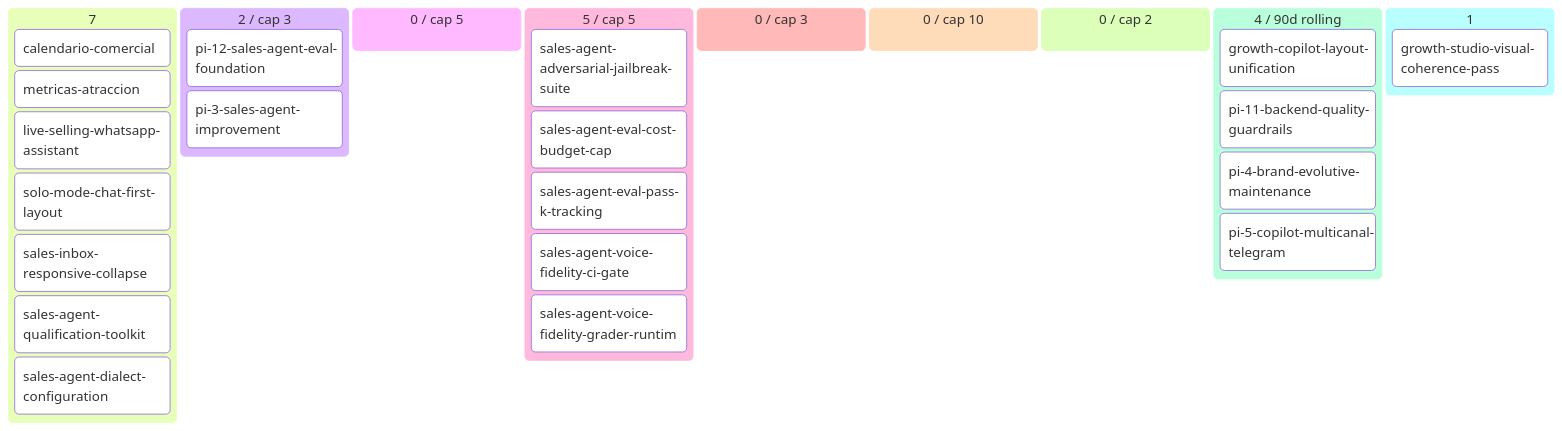
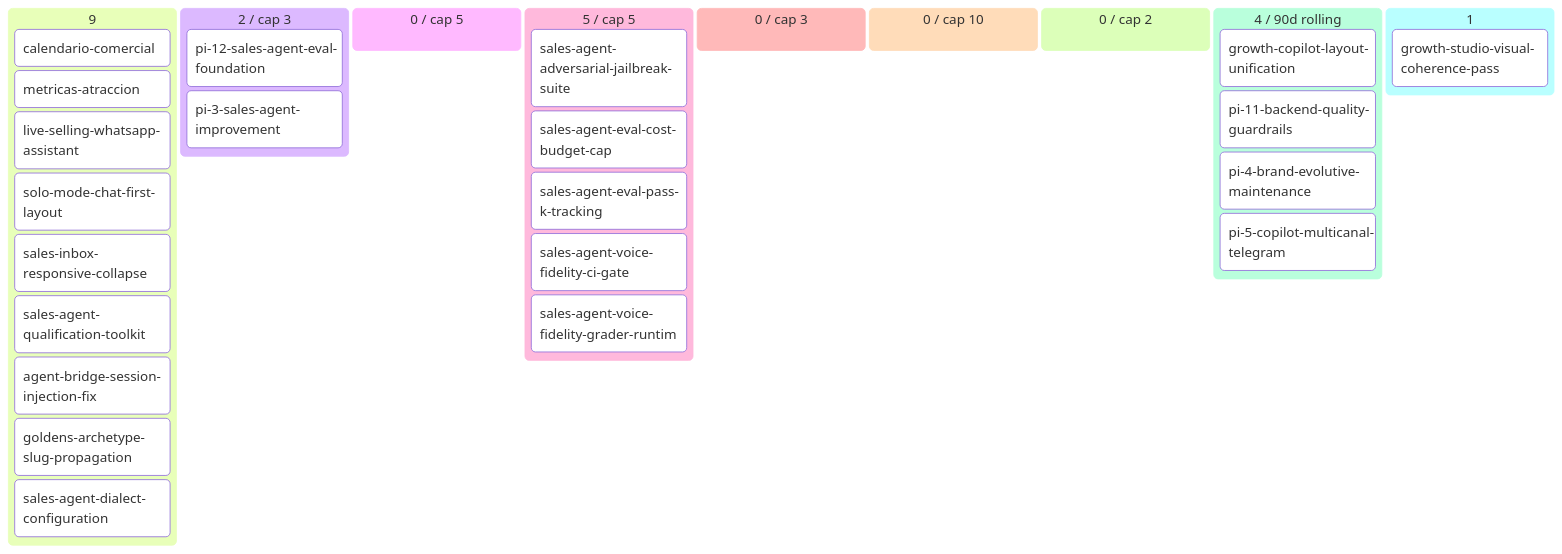
Before and after one commit to alpacapurpura/ap_sales_agent: the diagram in docs/product/BACKLOG.md, drawn with Mermaid. The commit also changed other lines of this file and 2 other files, not shown here.

First line of the commit message:
chore(pi-12): drafted 2 DEEPER follow-up ideas post Story D archive

````diff
--- a/docs/product/BACKLOG.md
+++ b/docs/product/BACKLOG.md
@@ -56,31 +58,33 @@
 ```mermaid
 kanban
-  💡 Ideas (7)
+  💡 Ideas (9)
     calendario-comercial[calendario-comercial]
     metricas-atraccion[metricas-atraccion]
     live-selling-whatsapp-assistan[live-selling-whatsapp-assistant]
     solo-mode-chat-first-layout[solo-mode-chat-first-layout]
     sales-inbox-responsive-collaps[sales-inbox-responsive-collapse]
     sales-agent-qualification-tool[sales-agent-qualification-toolkit]
+    agent-bridge-session-injection[agent-bridge-session-injection-fix]
+    goldens-archetype-slug-propaga[goldens-archetype-slug-propagation]
     sales-agent-dialect-configurat[sales-agent-dialect-configuration]
   🔬 Refining (2 / cap 3)
     pi-12-sales-agent-eval-foundat[pi-12-sales-agent-eval-foundation]
     pi-3-sales-agent-improvement[pi-3-sales-agent-improvement]
   ✅ Refined (0 / cap 5)
   📦 Ready (5 / cap 5)
     sales-agent-adversarial-jailbr[sales-agent-adversarial-jailbreak-suite]
     sales-agent-eval-cost-budget-c[sales-agent-eval-cost-budget-cap]
     sales-agent-eval-pass-k-tracki[sales-agent-eval-pass-k-tracking]
     sales-agent-voice-fidelity-ci-[sales-agent-voice-fidelity-ci-gate]
     sales-agent-voice-fidelity-gra[sales-agent-voice-fidelity-grader-runtim]
   🔨 Developing (0 / cap 3)
   🧪 Developed (0 / cap 10)
   🔍 Reviewing (0 / cap 2)
   ✅ Done (4 / 90d rolling)
     growth-copilot-layout-unificat[growth-copilot-layout-unification]
     pi-11-backend-quality-guardrai[pi-11-backend-quality-guardrails]
     pi-4-brand-evolutive-maintenan[pi-4-brand-evolutive-maintenance]
     pi-5-copilot-multicanal-telegr[pi-5-copilot-multicanal-telegram]
   🅿 Parked (1)
     growth-studio-visual-coherence[growth-studio-visual-coherence-pass]
 ```
````
